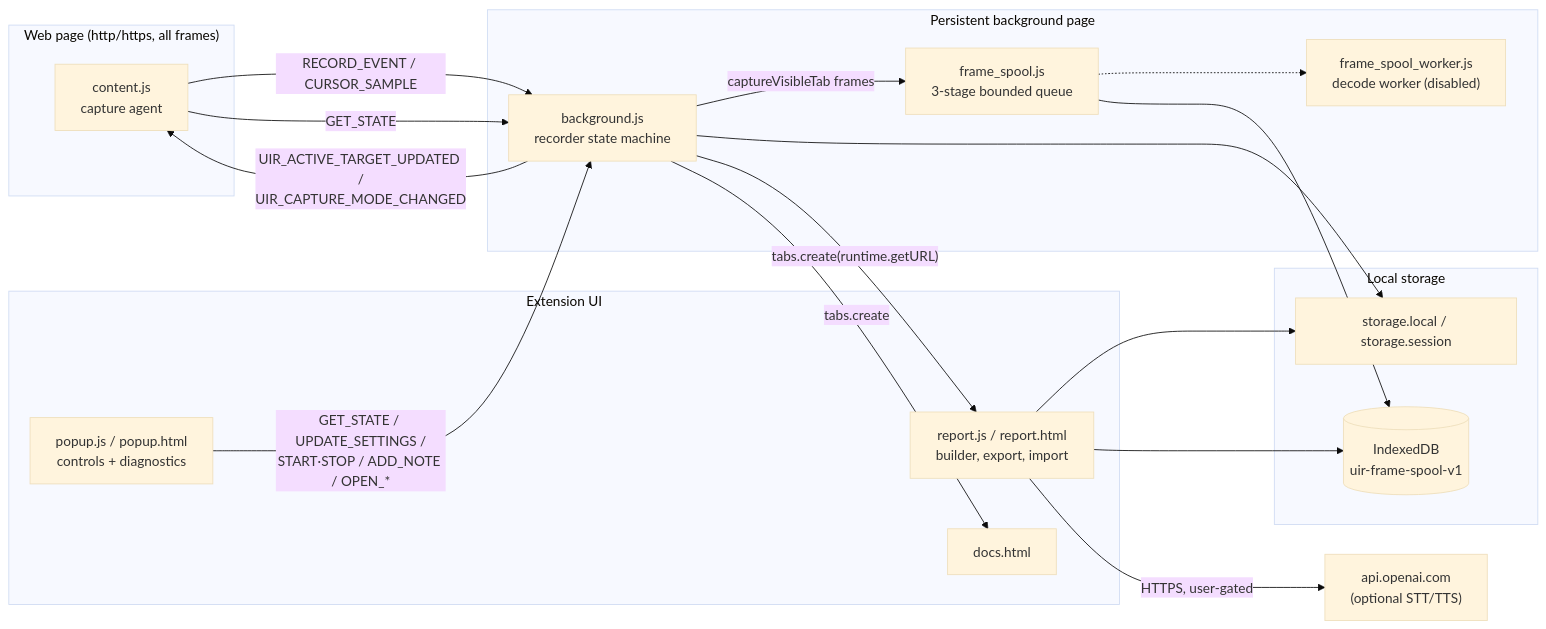
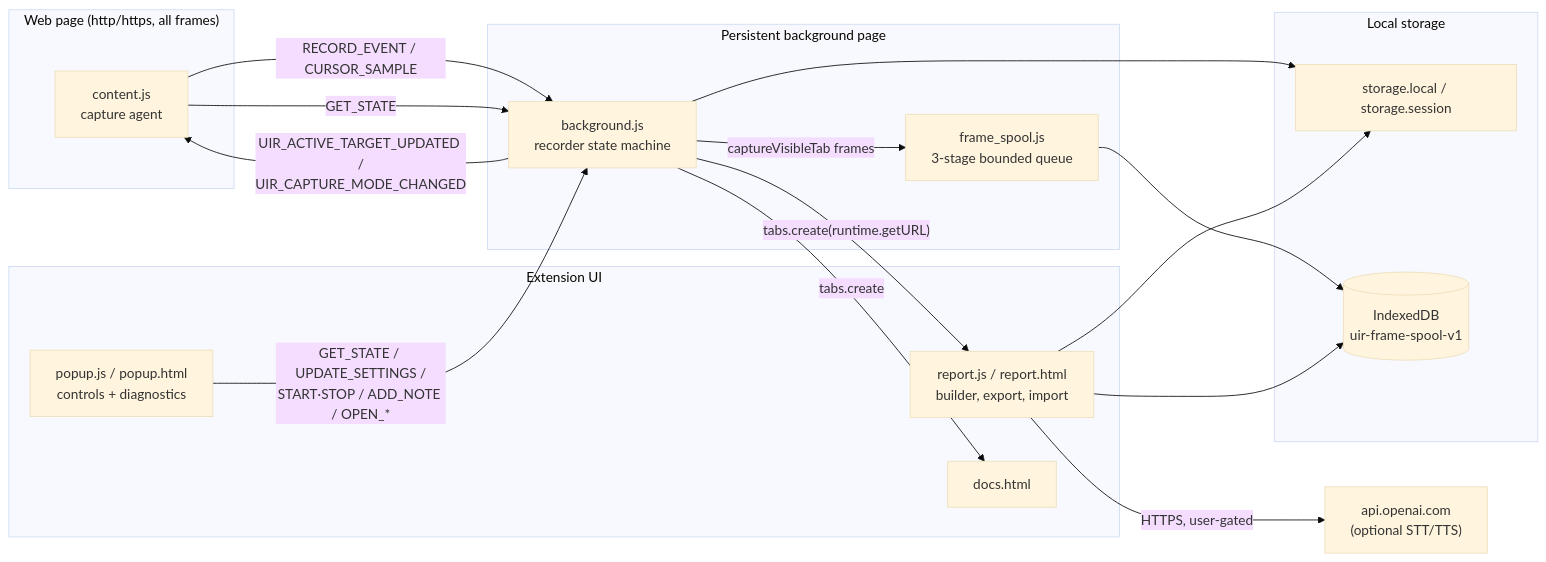
The first of 2 diagrams in docs/DESIGN.md (mrtmc325/Firefox_UI_Recorder_Pro), drawn with Mermaid (base theme) before and after one commit. The commit also changed other lines of this file and 26 other files, not shown here.

````diff
--- a/docs/DESIGN.md
+++ b/docs/DESIGN.md
@@ -16,35 +16,33 @@
 ```mermaid
 flowchart LR
   subgraph Page["Web page (http/https, all frames)"]
     CS["content.js<br/>capture agent"]
   end
   subgraph BG["Persistent background page"]
     REC["background.js<br/>recorder state machine"]
     SPOOL["frame_spool.js<br/>3-stage bounded queue"]
-    WORKER["frame_spool_worker.js<br/>decode worker (disabled)"]
   end
   subgraph UI["Extension UI"]
     POP["popup.js / popup.html<br/>controls + diagnostics"]
     RPT["report.js / report.html<br/>builder, export, import"]
     DOCS["docs.html"]
   end
   subgraph Storage["Local storage"]
     SL["storage.local / storage.session"]
     IDB[("IndexedDB<br/>uir-frame-spool-v1")]
   end
   OPENAI["api.openai.com<br/>(optional STT/TTS)"]
 
   CS -- "RECORD_EVENT / CURSOR_SAMPLE" --> REC
   CS -- "GET_STATE" --> REC
   REC -- "UIR_ACTIVE_TARGET_UPDATED /<br/>UIR_CAPTURE_MODE_CHANGED" --> CS
   POP -- "GET_STATE / UPDATE_SETTINGS /<br/>START·STOP / ADD_NOTE / OPEN_*" --> REC
   REC -- "captureVisibleTab frames" --> SPOOL
-  SPOOL -.-> WORKER
   SPOOL --> IDB
   REC --> SL
   RPT --> SL
   RPT --> IDB
   RPT -- "HTTPS, user-gated" --> OPENAI
   REC -- "tabs.create(runtime.getURL)" --> RPT
   REC -- "tabs.create" --> DOCS
 ```
````
